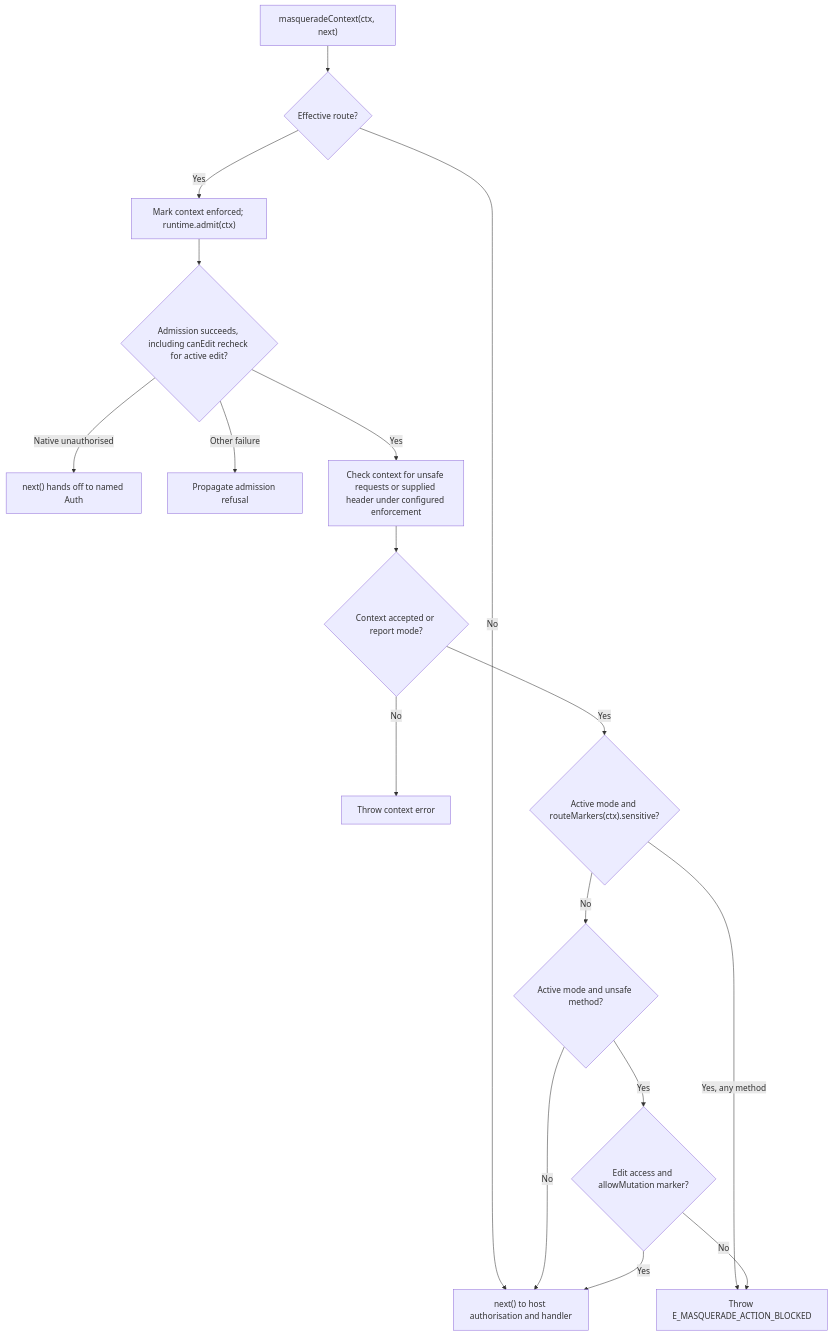
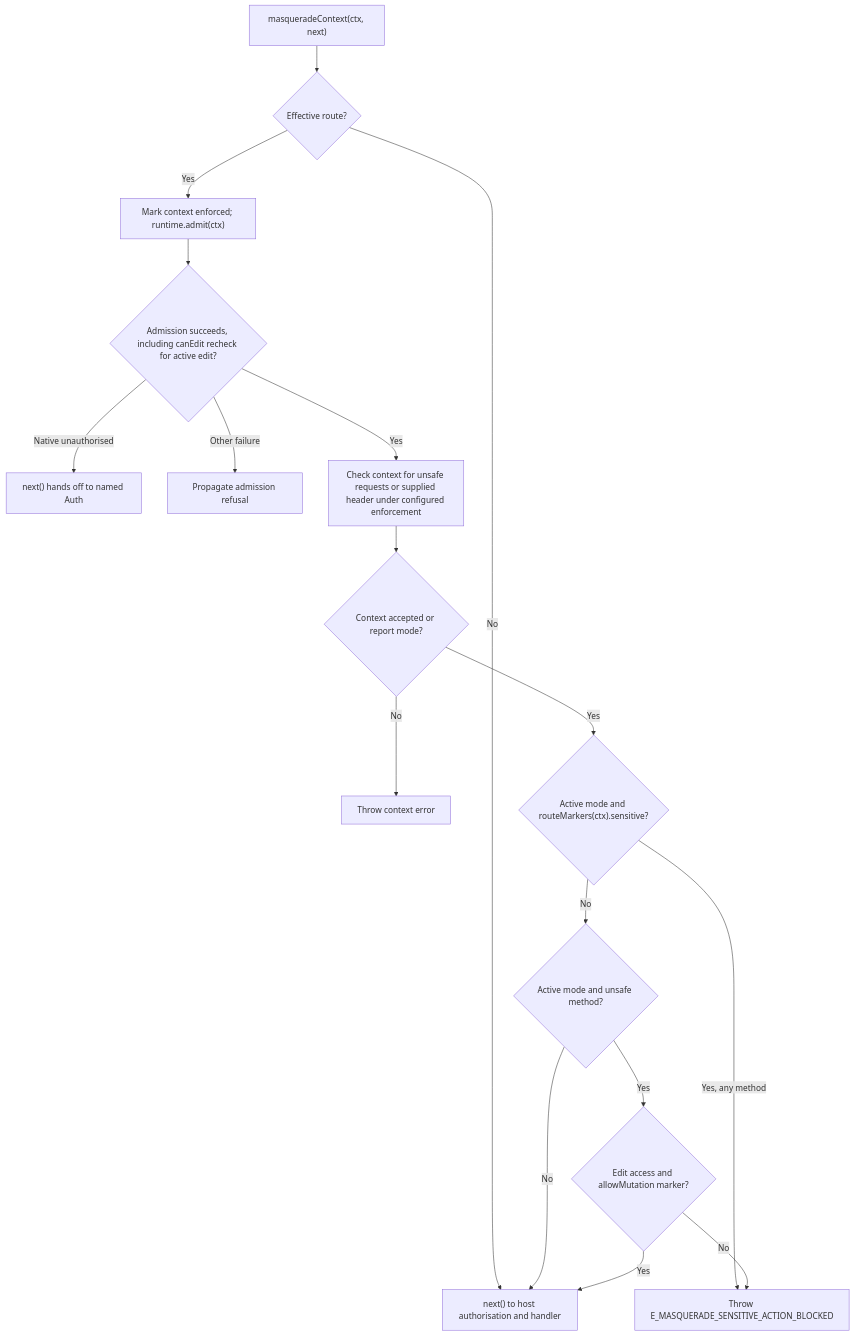
The second of 2 diagrams in user-stories/edit-effective-account/us-actor-03-edit-effective-account.md (Kevinjohn/oss-adonisjs-masquerade), drawn with Mermaid before and after one commit. The commit also changed 49 other files, not shown here.

````diff
--- a/user-stories/edit-effective-account/us-actor-03-edit-effective-account.md
+++ b/user-stories/edit-effective-account/us-actor-03-edit-effective-account.md
@@ -37,19 +37,19 @@
 ```mermaid
 flowchart TD
     A["masqueradeContext(ctx, next)"] --> A2{"Effective route?"}
     A2 -->|No| H
     A2 -->|Yes| B["Mark context enforced; runtime.admit(ctx)"]
     B --> C{"Admission succeeds, including canEdit recheck for active edit?"}
     C -->|Native unauthorised| K["next() hands off to named Auth"]
     C -->|Other failure| Z["Propagate admission refusal"]
     C -->|Yes| D["Check context for unsafe requests or supplied header under configured enforcement"]
     D --> X{"Context accepted or report mode?"}
     X -->|No| Y["Throw context error"]
     X -->|Yes| E{"Active mode and routeMarkers(ctx).sensitive?"}
-    E -->|Yes, any method| F["Throw E_MASQUERADE_ACTION_BLOCKED"]
+    E -->|Yes, any method| F["Throw E_MASQUERADE_SENSITIVE_ACTION_BLOCKED"]
     E -->|No| G{"Active mode and unsafe method?"}
     G -->|No| H["next() to host authorisation and handler"]
     G -->|Yes| I{"Edit access and allowMutation marker?"}
     I -->|No| F
     I -->|Yes| H
 ```
````
